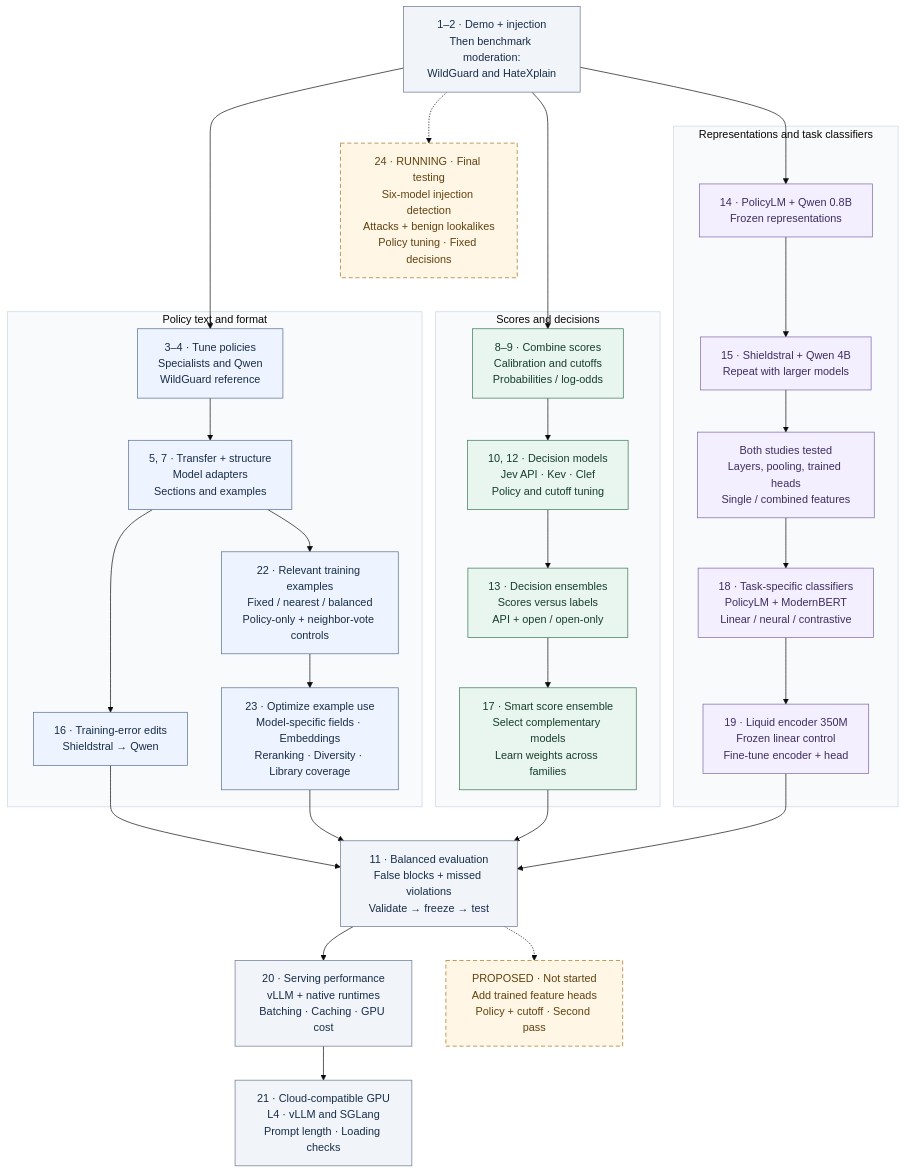
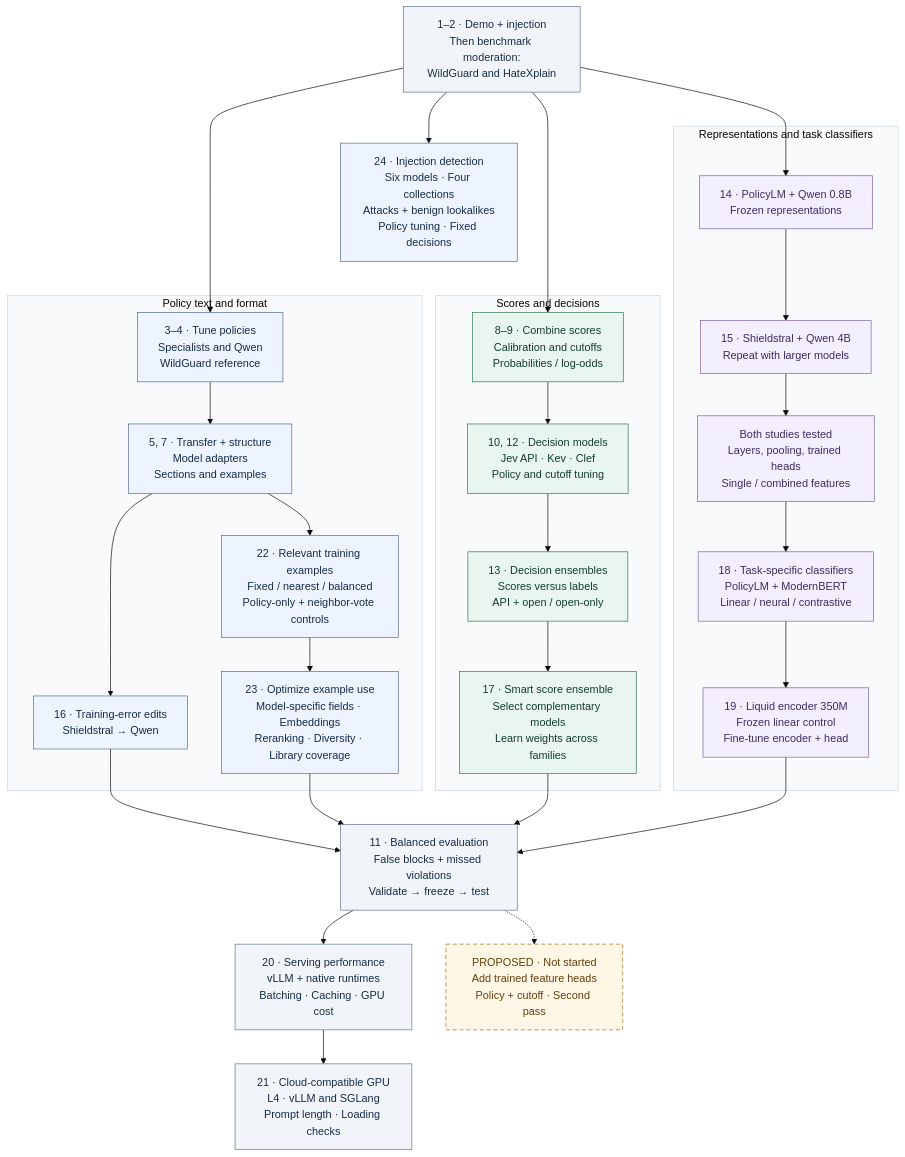
The diagram in README.md (harshsinghal/safeguard-eval), drawn with Mermaid (base theme) before and after one commit. The commit also changed other lines of this file and 36 other files, not shown here.

Commit message:
Publish six-model injection benchmark results and balanced error analysis

````diff
--- a/README.md
+++ b/README.md
@@ -23,59 +21,60 @@
 ```mermaid
 flowchart TB
     START["1–2 · Demo + injection<br/>Then benchmark moderation:<br/>WildGuard and HateXplain"]
 
     subgraph POLICY["Policy text and format"]
         P1["3–4 · Tune policies<br/>Specialists and Qwen<br/>WildGuard reference"]
         P2["5, 7 · Transfer + structure<br/>Model adapters<br/>Sections and examples"]
         P3["16 · Training-error edits<br/>Shieldstral → Qwen"]
         P4["22 · Relevant training examples<br/>Fixed / nearest / balanced<br/>Policy-only + neighbor-vote controls"]
         P5["23 · Optimize example use<br/>Model-specific fields · Embeddings<br/>Reranking · Diversity · Library coverage"]
         P1 --> P2 --> P3
         P2 --> P4 --> P5
     end
 
     subgraph SCORES["Scores and decisions"]
         S1["8–9 · Combine scores<br/>Calibration and cutoffs<br/>Probabilities / log-odds"]
         S2["10, 12 · Decision models<br/>Jev API · Kev · Clef<br/>Policy and cutoff tuning"]
         S3["13 · Decision ensembles<br/>Scores versus labels<br/>API + open / open-only"]
         S4["17 · Smart score ensemble<br/>Select complementary models<br/>Learn weights across families"]
         S1 --> S2 --> S3 --> S4
     end
 
     subgraph FEATURES["Representations and task classifiers"]
         F1["14 · PolicyLM + Qwen 0.8B<br/>Frozen representations"]
         F2["15 · Shieldstral + Qwen 4B<br/>Repeat with larger models"]
         F3["Both studies tested<br/>Layers, pooling, trained heads<br/>Single / combined features"]
         F4["18 · Task-specific classifiers<br/>PolicyLM + ModernBERT<br/>Linear / neural / contrastive"]
         F5["19 · Liquid encoder 350M<br/>Frozen linear control<br/>Fine-tune encoder + head"]
         F1 --> F2 --> F3 --> F4 --> F5
     end
 
     START --> P1
     START --> S1
     START --> F1
     P3 --> EVIDENCE
     P5 --> EVIDENCE
     S4 --> EVIDENCE
     F5 --> EVIDENCE
     EVIDENCE["11 · Balanced evaluation<br/>False blocks + missed violations<br/>Validate → freeze → test"]
     EVIDENCE --> SERVING["20 · Serving performance<br/>vLLM + native runtimes<br/>Batching · Caching · GPU cost"]
     SERVING --> CLOUD["21 · Cloud-compatible GPU<br/>L4 · vLLM and SGLang<br/>Prompt length · Loading checks"]
     EVIDENCE -.-> NEXT["PROPOSED · Not started<br/>Add trained feature heads<br/>Policy + cutoff · Second pass"]
 
-    START -.-> INJECTION["24 · RUNNING · Final testing<br/>Six-model injection detection<br/>Attacks + benign lookalikes<br/>Policy tuning · Fixed decisions"]
+    START --> INJECTION["24 · Injection detection<br/>Six models · Four collections<br/>Attacks + benign lookalikes<br/>Policy tuning · Fixed decisions"]
 
     classDef neutral fill:#f1f5f9,stroke:#64748b,color:#172c49;
     classDef policy fill:#eef4ff,stroke:#526b91,color:#172c49;
     classDef scores fill:#e9f5ef,stroke:#367556,color:#153e2b;
     classDef features fill:#f4efff,stroke:#7b63a8,color:#3d2c60;
     classDef proposed fill:#fff6e5,stroke:#a36e16,color:#61420f,stroke-dasharray:6 4;
     class START,EVIDENCE,SERVING,CLOUD neutral;
     class P1,P2,P3,P4,P5 policy;
     class S1,S2,S3,S4 scores;
     class F1,F2,F3,F4,F5 features;
-    class NEXT,INJECTION proposed;
+    class NEXT proposed;
+    class INJECTION policy;
     style POLICY fill:#f8fafc,stroke:#cbd5e1
     style SCORES fill:#f8fafc,stroke:#cbd5e1
     style FEATURES fill:#f8fafc,stroke:#cbd5e1
 ```
````
